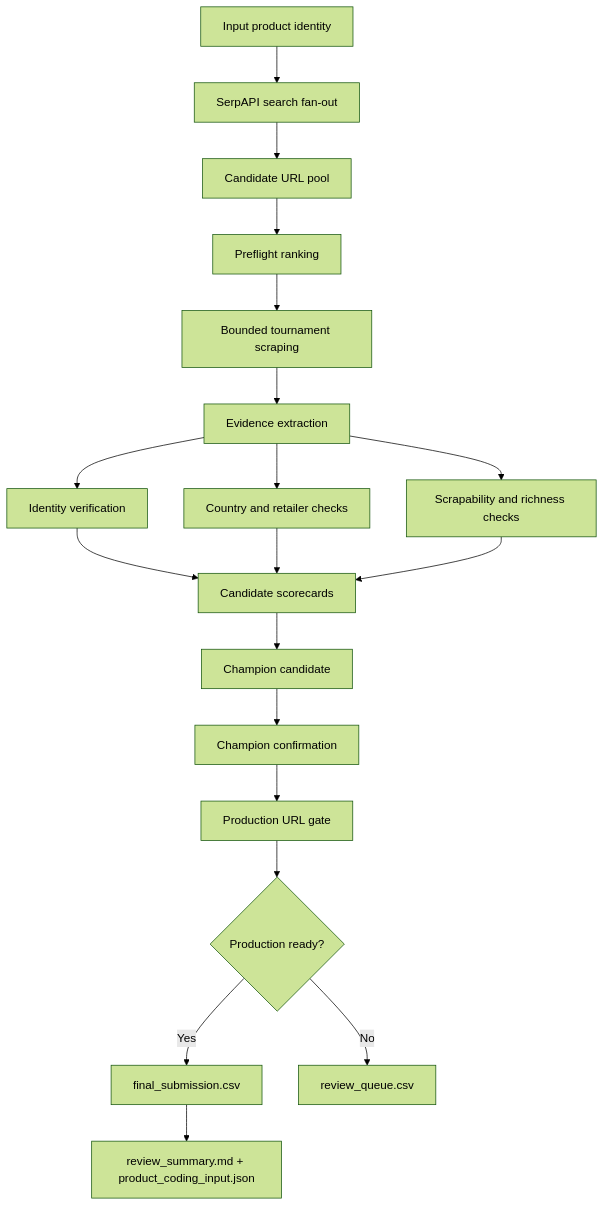
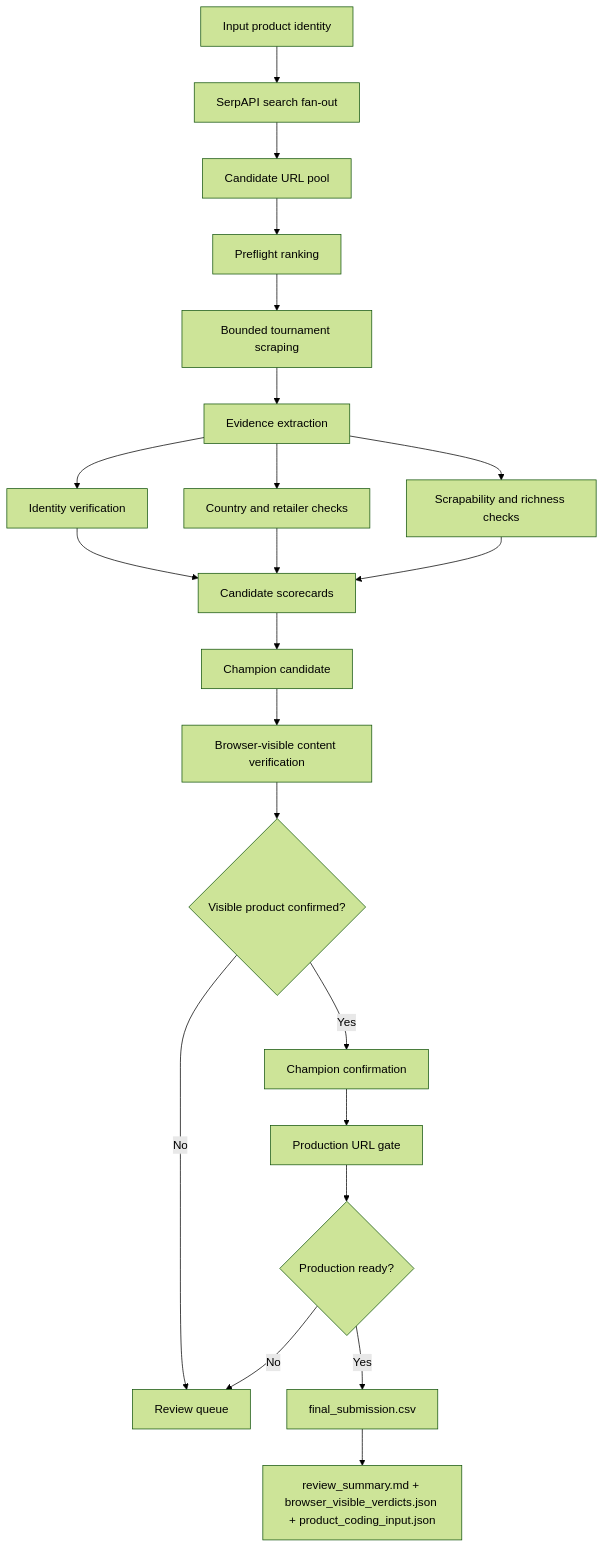
One commit to Akilankm/web_search_tool changed the second of 3 diagrams in README.md. Above: the diagram before and after it, drawn with Mermaid (forest theme). The commit also changed other lines of this file, not shown here.

Commit message:
Document browser-visible champion gate in README

````diff
--- a/README.md
+++ b/README.md
@@ -49,21 +50,24 @@
 ```mermaid
 flowchart TD
     A[Input product identity] --> B[SerpAPI search fan-out]
     B --> C[Candidate URL pool]
     C --> D[Preflight ranking]
     D --> E[Bounded tournament scraping]
     E --> F[Evidence extraction]
     F --> G[Identity verification]
     F --> H[Country and retailer checks]
     F --> I[Scrapability and richness checks]
     G --> J[Candidate scorecards]
     H --> J
     I --> J
     J --> K[Champion candidate]
-    K --> L[Champion confirmation]
-    L --> M[Production URL gate]
-    M --> N{Production ready?}
-    N -->|Yes| O[final_submission.csv]
-    N -->|No| P[review_queue.csv]
-    O --> Q[review_summary.md + product_coding_input.json]
+    K --> L[Browser-visible content verification]
+    L --> M{Visible product confirmed?}
+    M -->|No| R[Review queue]
+    M -->|Yes| N[Champion confirmation]
+    N --> O[Production URL gate]
+    O --> P{Production ready?}
+    P -->|Yes| Q[final_submission.csv]
+    P -->|No| R
+    Q --> S[review_summary.md + browser_visible_verdicts.json + product_coding_input.json]
 ```
````
